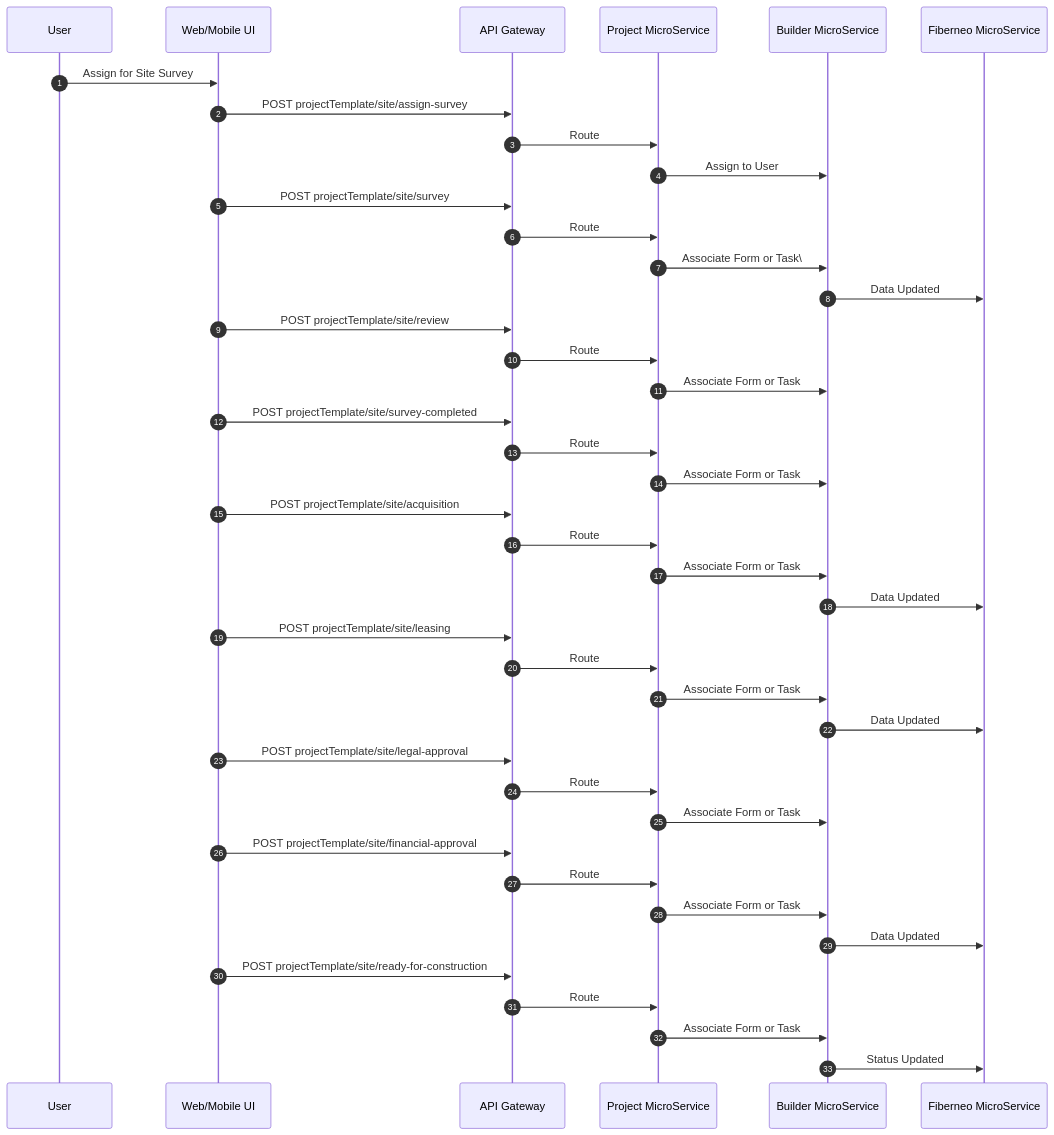
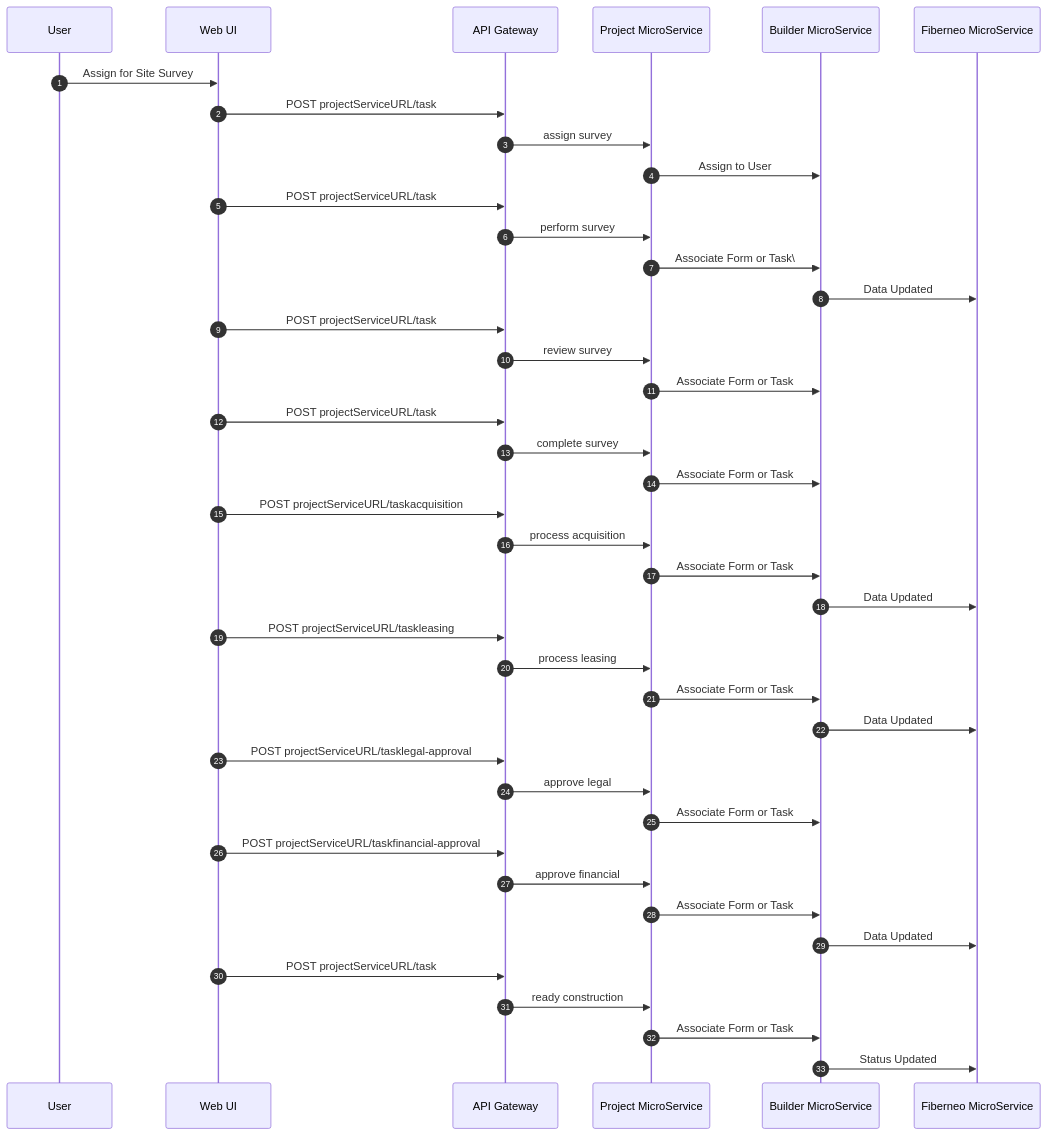
One commit to BhavikVisionGit/Fiberneo-Documents changed the ninth of 11 diagrams in Fiberneo-Document/LLD/LLD.md. Above: the diagram before and after it, drawn with Mermaid. The commit also changed other lines of this file, not shown here.

````diff
--- a/Fiberneo-Document/LLD/LLD.md
+++ b/Fiberneo-Document/LLD/LLD.md
@@ -634,52 +483,52 @@
 ```mermaid
 sequenceDiagram
   autonumber
   participant U as User
-  participant UI as Web/Mobile UI
+  participant UI as Web UI
   participant GW as API Gateway
   participant PG as Project MicroService
   participant BD as Builder MicroService
   participant FN as Fiberneo MicroService
 
   U->>UI: Assign for Site Survey
-  UI->>GW: POST projectTemplate/site/assign-survey
-  GW->>PG: Route
+  UI->>GW: POST projectServiceURL/task
+  GW->>PG: assign survey
   PG->>BD: Assign to User
 
-  UI->>GW: POST projectTemplate/site/survey
-  GW->>PG: Route
+  UI->>GW: POST projectServiceURL/task
+  GW->>PG: perform survey
   PG->>BD: Associate Form or Task\
   BD->>FN: Data Updated
 
-  UI->>GW: POST projectTemplate/site/review
-  GW->>PG: Route
+  UI->>GW: POST projectServiceURL/task
+  GW->>PG: review survey
   PG->>BD: Associate Form or Task
 
-  UI->>GW: POST projectTemplate/site/survey-completed
-  GW->>PG: Route
+  UI->>GW: POST projectServiceURL/task
+  GW->>PG: complete survey
   PG->>BD: Associate Form or Task
 
-  UI->>GW: POST projectTemplate/site/acquisition
-  GW->>PG: Route
+  UI->>GW: POST projectServiceURL/taskacquisition
+  GW->>PG: process acquisition
   PG->>BD: Associate Form or Task
   BD->>FN: Data Updated
 
-  UI->>GW: POST projectTemplate/site/leasing
-  GW->>PG: Route
+  UI->>GW: POST projectServiceURL/taskleasing
+  GW->>PG: process leasing
   PG->>BD: Associate Form or Task
   BD->>FN: Data Updated
 
-  UI->>GW: POST projectTemplate/site/legal-approval
-  GW->>PG: Route
+  UI->>GW: POST projectServiceURL/tasklegal-approval
+  GW->>PG: approve legal
   PG->>BD: Associate Form or Task
 
-  UI->>GW: POST projectTemplate/site/financial-approval
-  GW->>PG: Route
+  UI->>GW: POST projectServiceURL/taskfinancial-approval
+  GW->>PG: approve financial
   PG->>BD: Associate Form or Task
   BD->>FN: Data Updated
 
-  UI->>GW: POST projectTemplate/site/ready-for-construction
-  GW->>PG: Route
+  UI->>GW: POST projectServiceURL/task
+  GW->>PG: ready construction
   PG->>BD: Associate Form or Task
   BD->>FN: Status Updated
 ```
````
